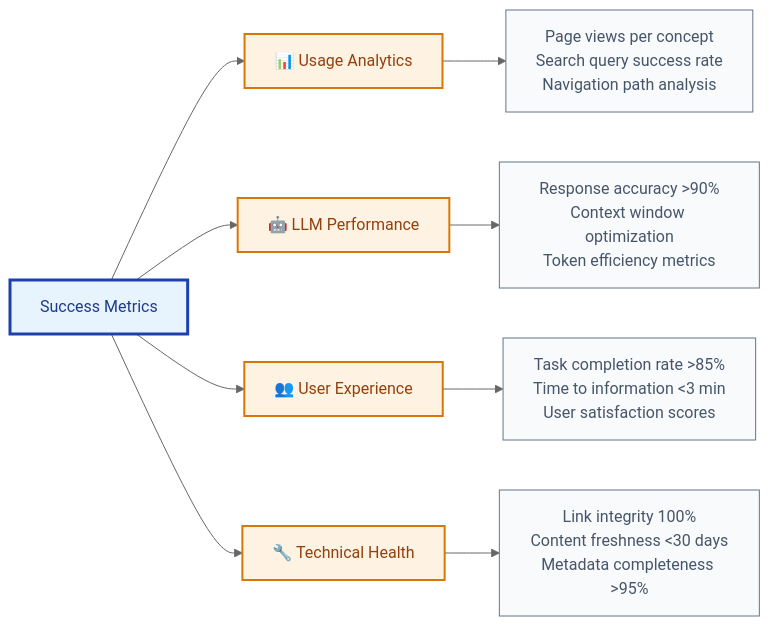
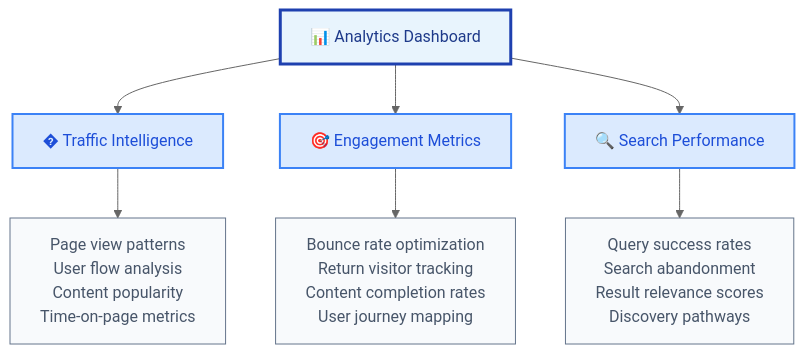
Diagram 20 of 31 in 39-llm-documentation-complete.md (raphaelmansuy/tutorials), drawn with Mermaid (neutral theme) before and after one commit. The commit also changed other lines of this file, not shown here.

Commit message:
Implement code changes to enhance functionality and improve performance

````diff
--- a/39-llm-documentation-complete.md
+++ b/39-llm-documentation-complete.md
@@ -732,20 +1048,20 @@
 ```mermaid
-graph LR
-    A[Success Metrics] --> B[📊 Usage Analytics]
-    A --> C[🤖 LLM Performance]
-    A --> D[👥 User Experience]
-    A --> E[🔧 Technical Health]
+flowchart TB
+    A[📊 Analytics Dashboard] --> B[� Traffic Intelligence]
+    A --> C[🎯 Engagement Metrics]
+    A --> D[🔍 Search Performance]
     
-    B --> B1[Page views per concept<br/>Search query success rate<br/>Navigation path analysis]
-    C --> C1[Response accuracy >90%<br/>Context window optimization<br/>Token efficiency metrics]
-    D --> D1[Task completion rate >85%<br/>Time to information <3 min<br/>User satisfaction scores]
-    E --> E1[Link integrity 100%<br/>Content freshness <30 days<br/>Metadata completeness >95%]
+    B --> B1[Page view patterns<br/>User flow analysis<br/>Content popularity<br/>Time-on-page metrics]
     
-    classDef metrics fill:#e8f4fd,stroke:#1e40af,stroke-width:3px,color:#1e3a8a
-    classDef category fill:#fef3e2,stroke:#d97706,stroke-width:2px,color:#92400e
-    classDef targets fill:#f8fafc,stroke:#64748b,stroke-width:1px,color:#475569
+    C --> C1[Bounce rate optimization<br/>Return visitor tracking<br/>Content completion rates<br/>User journey mapping]
     
-    class A metrics
-    class B,C,D,E category
-    class B1,C1,D1,E1 targets
+    D --> D1[Query success rates<br/>Search abandonment<br/>Result relevance scores<br/>Discovery pathways]
+    
+    classDef dashboard fill:#e8f4fd,stroke:#1e40af,stroke-width:3px,color:#1e3a8a
+    classDef intelligence fill:#dbeafe,stroke:#3b82f6,stroke-width:2px,color:#1d4ed8
+    classDef insights fill:#f8fafc,stroke:#64748b,stroke-width:1px,color:#475569
+    
+    class A dashboard
+    class B,C,D intelligence
+    class B1,C1,D1 insights
 ```
````
